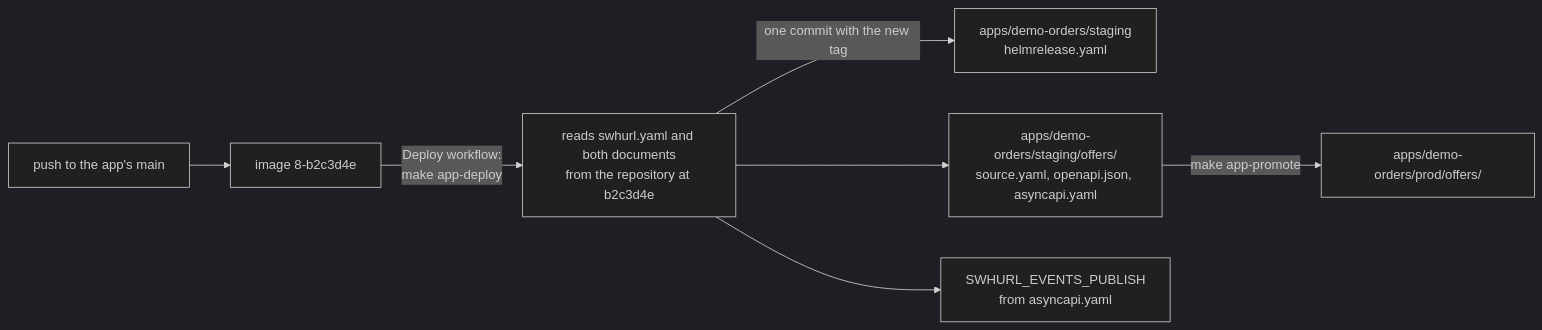
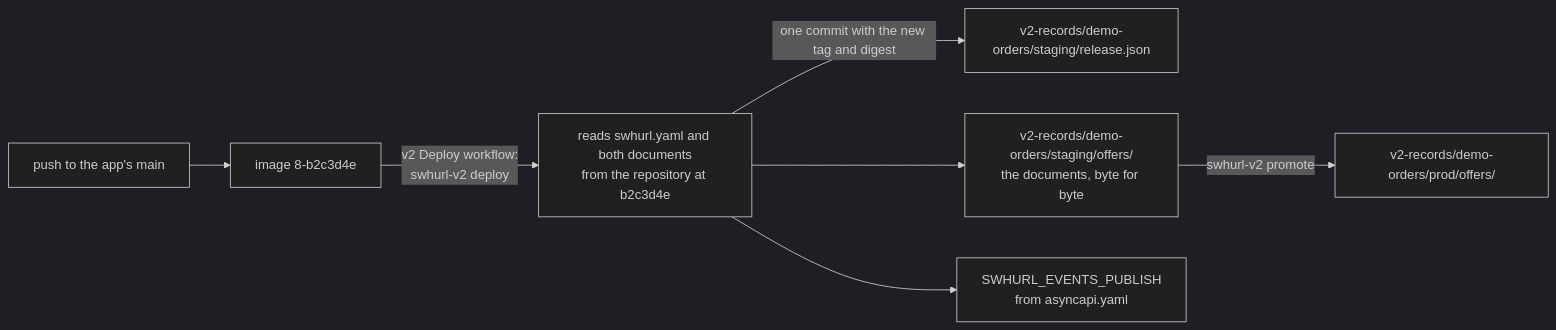
Before and after one commit to samclement/swhurl-platform: the fifth of 9 diagrams in docs/apps.md, drawn with Mermaid (dark theme). The commit also changed other lines of this file and 37 other files, not shown here.

````diff
--- a/docs/apps.md
+++ b/docs/apps.md
@@ -555,9 +566,9 @@
 ```mermaid
 flowchart LR
   push["push to the app's main"] --> image["image 8-b2c3d4e"]
-  image -->|"Deploy workflow:<br/>make app-deploy"| read["reads swhurl.yaml and both documents<br/>from the repository at b2c3d4e"]
-  read -->|"one commit with the new tag"| staging["apps/demo-orders/staging<br/>helmrelease.yaml"]
-  read --> kept["apps/demo-orders/staging/offers/<br/>source.yaml, openapi.json, asyncapi.yaml"]
+  image -->|"v2 Deploy workflow:<br/>swhurl-v2 deploy"| read["reads swhurl.yaml and both documents<br/>from the repository at b2c3d4e"]
+  read -->|"one commit with the new tag and digest"| staging["v2-records/demo-orders/staging/release.json"]
+  read --> kept["v2-records/demo-orders/staging/offers/<br/>the documents, byte for byte"]
   read --> publishes["SWHURL_EVENTS_PUBLISH<br/>from asyncapi.yaml"]
-  kept -->|"make app-promote"| prod["apps/demo-orders/prod/offers/"]
+  kept -->|"swhurl-v2 promote"| prod["v2-records/demo-orders/prod/offers/"]
 ```
````
